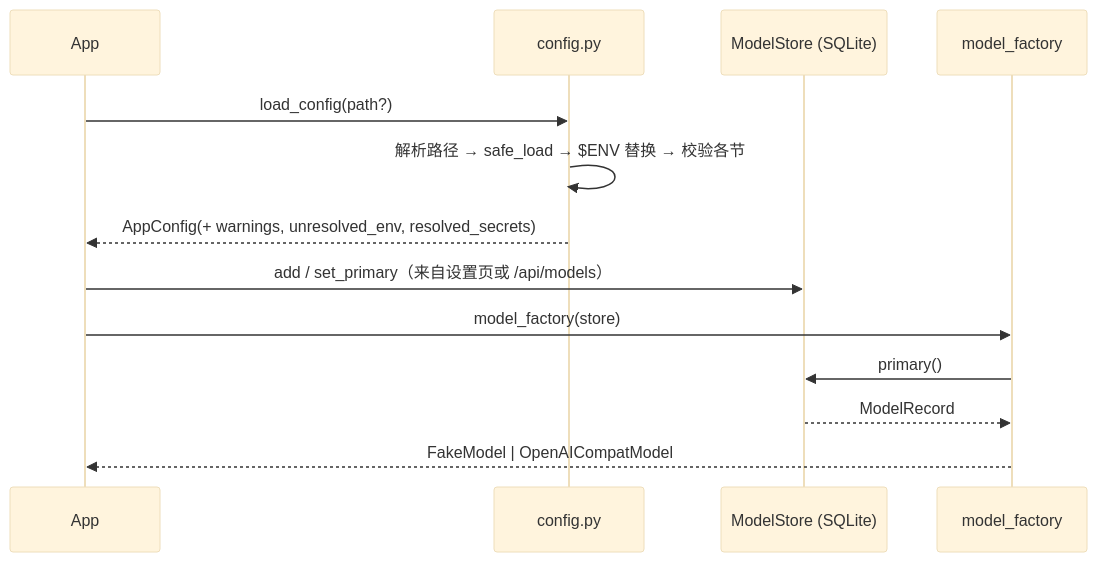
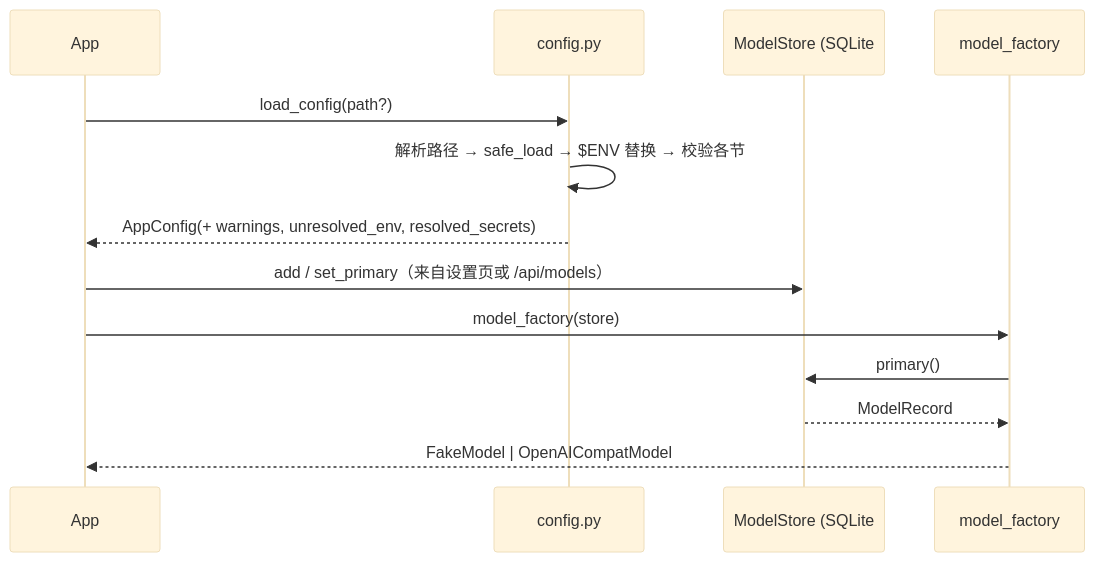
The diagram in work-agent-harness/doc/evoflow-学习规划/01-最小闭环/01-配置与模型.md (G0-000/agent-book), drawn with Mermaid (base theme) before and after one commit. The commit also changed 51 other files, not shown here.

First line of the commit message:
docs(evoflow-学习规划): 全章补齐「调用逻辑」时序图

````diff
--- a/work-agent-harness/doc/evoflow-学习规划/01-最小闭环/01-配置与模型.md
+++ b/work-agent-harness/doc/evoflow-学习规划/01-最小闭环/01-配置与模型.md
@@ -63,15 +63,15 @@
 ```mermaid
 sequenceDiagram
     participant App
     participant C as config.py
-    participant S as ModelStore (SQLite)
+    participant S as ModelStore (SQLite
     participant F as model_factory
     App->>C: load_config(path?)
     C->>C: 解析路径 → safe_load → $ENV 替换 → 校验各节
     C-->>App: AppConfig(+ warnings, unresolved_env, resolved_secrets)
     App->>S: add / set_primary（来自设置页或 /api/models）
     App->>F: model_factory(store)
     F->>S: primary()
     S-->>F: ModelRecord
     F-->>App: FakeModel | OpenAICompatModel
 ```
````
